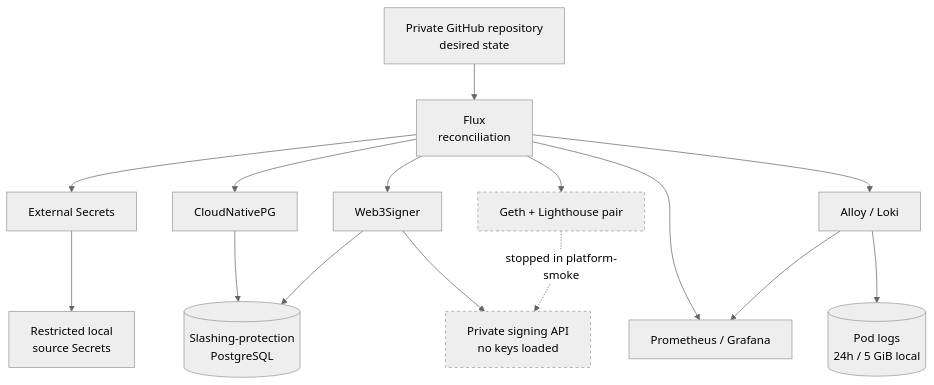
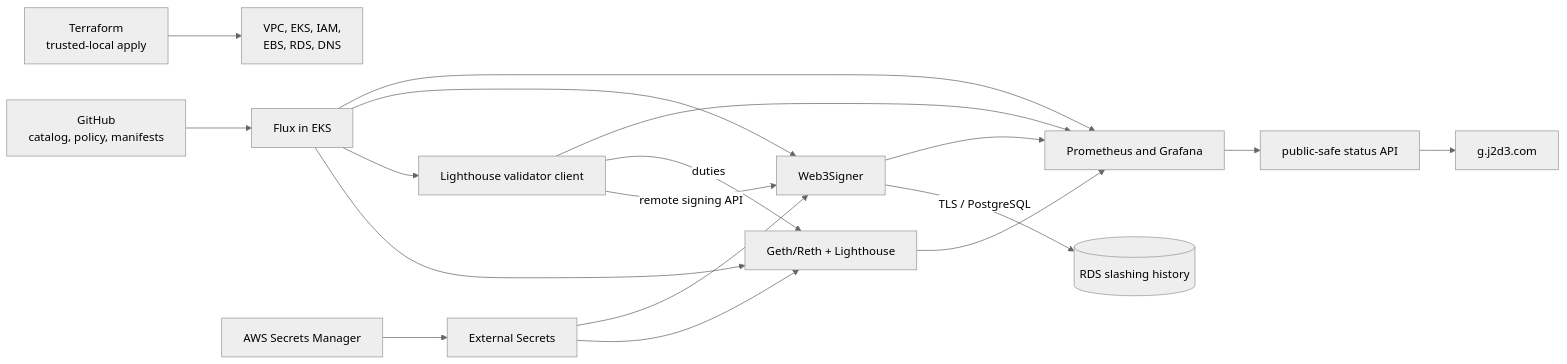
One commit to j2d3/eth-validator-platform changed the diagram in README.md. Above: the diagram before and after it, drawn with Mermaid (neutral theme). The commit also changed other lines of this file and 9 other files, not shown here.

````diff
--- a/README.md
+++ b/README.md
@@ -59,22 +68,22 @@
 ```mermaid
-flowchart TD
-    repo["Private GitHub repository<br/>desired state"] --> flux["Flux<br/>reconciliation"]
+flowchart LR
+    GitHub["GitHub<br/>catalog, policy, manifests"] --> Flux["Flux in EKS"]
+    Terraform["Terraform<br/>trusted-local apply"] --> AWS["VPC, EKS, IAM,<br/>EBS, RDS, DNS"]
 
-    flux --> es["External Secrets"]
-    flux --> pg["CloudNativePG"]
-    flux --> signer["Web3Signer"]
-    flux --> obs["Prometheus / Grafana"]
-    flux --> log["Alloy / Loki"]
-    flux --> pair["Geth + Lighthouse pair"]
+    Flux --> Pairs["Geth/Reth + Lighthouse"]
+    Flux --> Validator["Lighthouse validator client"]
+    Flux --> Signer["Web3Signer"]
+    Flux --> Metrics["Prometheus and Grafana"]
 
-    es --> secrets["Restricted local<br/>source Secrets"]
-    pg --> db[("Slashing-protection<br/>PostgreSQL")]
-    signer --> db
-    signer --> api["Private signing API<br/>no keys loaded"]
-    log --> lstore[("Pod logs<br/>24h / 5 GiB local")]
-    log --> obs
-    pair -. "stopped in platform-smoke" .-> api
-
-    classDef off stroke-dasharray: 4 4;
-    class pair,api off;
+    Secrets["AWS Secrets Manager"] --> ESO["External Secrets"]
+    ESO --> Pairs
+    ESO --> Signer
+    Validator -->|"remote signing API"| Signer
+    Validator -->|"duties"| Pairs
+    Signer -->|"TLS / PostgreSQL"| RDS[("RDS slashing history")]
+    Pairs --> Metrics
+    Validator --> Metrics
+    Signer --> Metrics
+    Metrics --> Status["public-safe status API"]
+    Status --> Portal["g.j2d3.com"]
 ```
````
